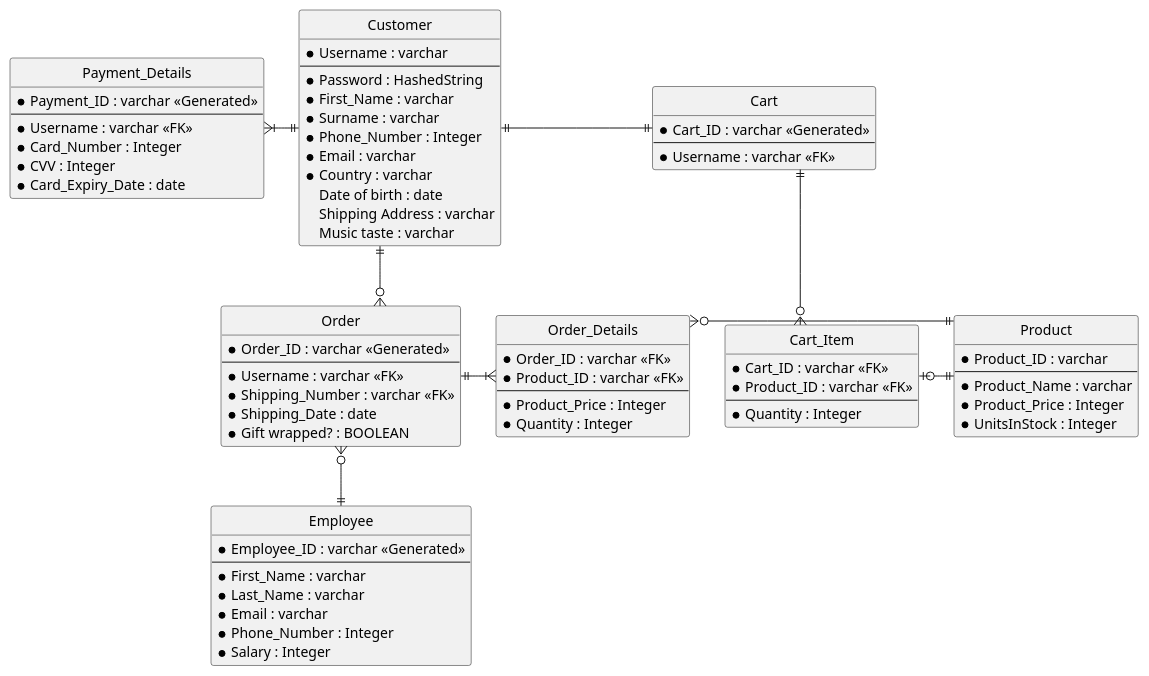
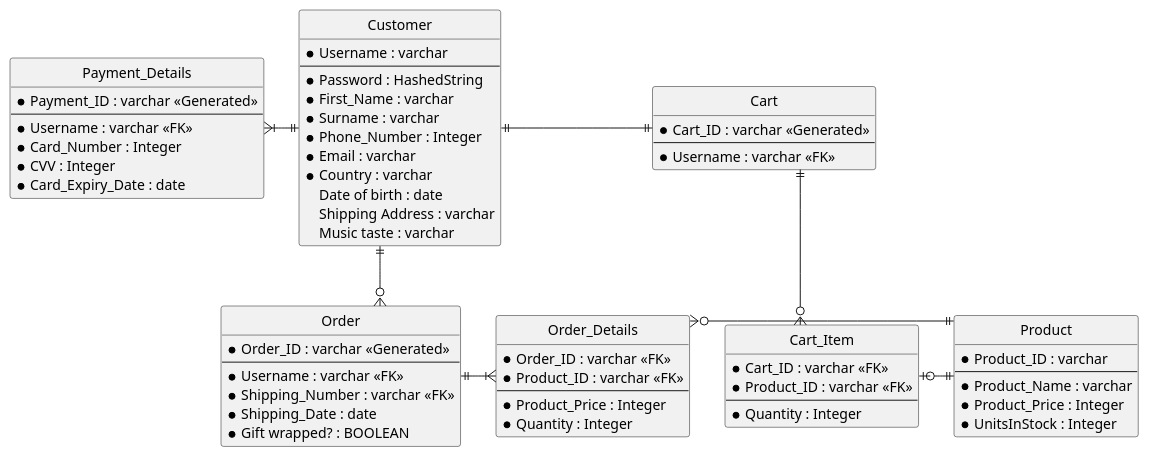
The diagram in milestone2/ERD2.puml (dyrel78/INFO_201), drawn with PlantUML before and after one commit. The commit also changed 2 other files, not shown here.

```diff
--- a/milestone2/ERD2.puml
+++ b/milestone2/ERD2.puml
@@ -1,91 +1,81 @@
 @startuml HV Lo-Fi
 
 skinparam Style StrictUML
 skinparam LineType ortho
 skinparam monochrome true
 
 class Customer {
     * Username : varchar
 --
     * Password : HashedString
     * First_Name : varchar
     * Surname : varchar
     * Phone_Number : Integer
     * Email : varchar
     * Country : varchar
     Date of birth : date
     Shipping Address : varchar
     Music taste : varchar
 }
 
 class Product {
     * Product_ID : varchar
 --
     * Product_Name : varchar
     * Product_Price : Integer
     * UnitsInStock : Integer
 }
 
 class Order {
     * Order_ID : varchar <<Generated>>
 --
     * Username : varchar <<FK>>
     * Shipping_Number : varchar <<FK>>
     * Shipping_Date : date
     * Gift wrapped? : BOOLEAN
 }
 
 
 
 class Payment_Details {
     * Payment_ID : varchar <<Generated>>
 --
     * Username : varchar <<FK>>
     * Card_Number : Integer
     * CVV : Integer
     * Card_Expiry_Date : date
 }
 
 class Order_Details {
     * Order_ID : varchar <<FK>>
     * Product_ID : varchar <<FK>>
 --
     * Product_Price : Integer
     * Quantity : Integer
 }
 
 class Cart {
     * Cart_ID : varchar <<Generated>>
 --
     * Username : varchar <<FK>>
 }
 
 class Cart_Item {
     * Cart_ID : varchar <<FK>>
     * Product_ID : varchar <<FK>>
 --
     * Quantity : Integer
 }
 
-class Employee {
-    * Employee_ID : varchar <<Generated>>
---
-    * First_Name : varchar
-    * Last_Name : varchar
-    * Email : varchar
-    * Phone_Number : Integer
-    * Salary : Integer
-}
 
 
 
 Customer ||--o{ Order
 Customer ||-|| Cart
 Cart ||-o{ Cart_Item
 Cart_Item |o-|| Product
 Payment_Details }|-|| Customer
 Order ||-|{ Order_Details
 Order_Details }o-|| Product
-Order }o--|| Employee
 
 @enduml
```
